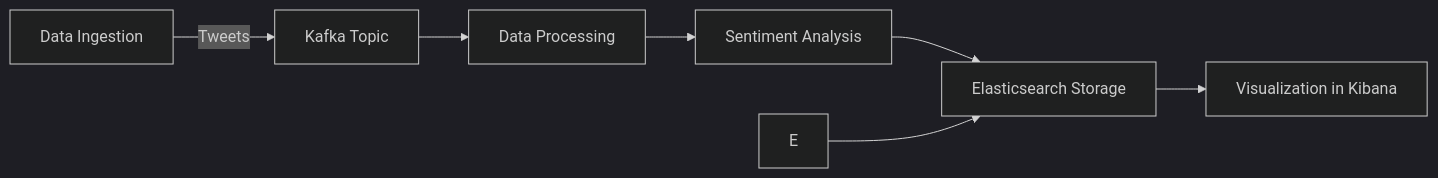
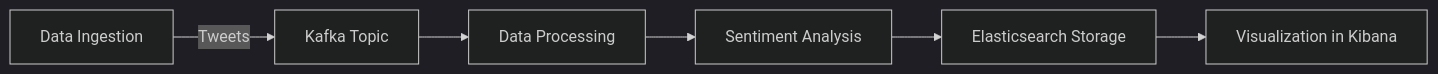
Before and after one commit to amjadAwad95/Twitter-Stream-Processing-Pipeline: the diagram in README.md, drawn with Mermaid (dark theme).

````diff
--- a/README.md
+++ b/README.md
@@ -117,9 +117,8 @@
 ```mermaid
 graph LR
 A[Data Ingestion] -->|Tweets| B[Kafka Topic]
 B --> C[Data Processing]
 C --> D[Sentiment Analysis]
 D --> F[Elasticsearch Storage]
-E --> F
 F --> G[Visualization in Kibana]
 ```
````
